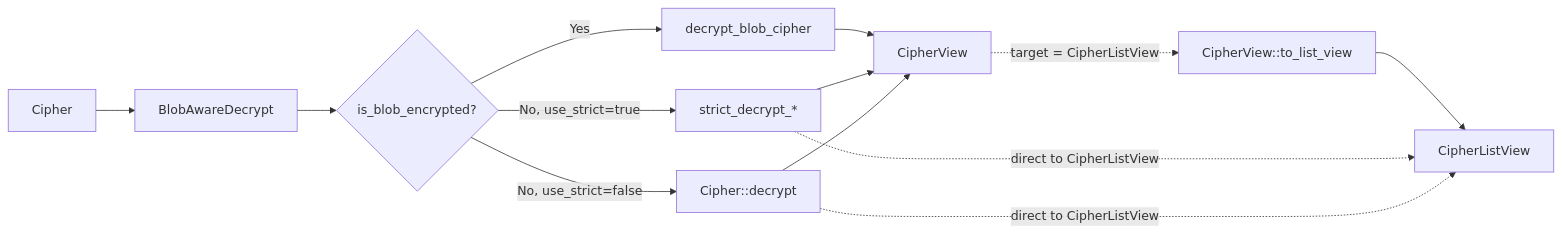
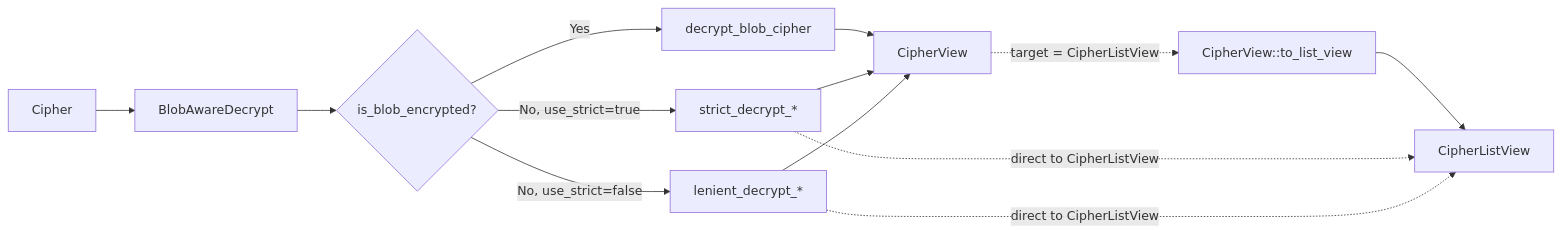
Before and after one commit to bitwarden/sdk-internal: the diagram in crates/bitwarden-vault/src/cipher/README.md, drawn with Mermaid. The commit also changed other lines of this file and 12 other files, not shown here.

Commit message:
[PM-32696] WIP: Force Cipher decryption through BlobAwareDecrypt — may not be the right path

````diff
--- a/crates/bitwarden-vault/src/cipher/README.md
+++ b/crates/bitwarden-vault/src/cipher/README.md
@@ -38,15 +46,15 @@
 ```mermaid
 flowchart LR
     A[Cipher] --> B[BlobAwareDecrypt]
     B --> C{is_blob_encrypted?}
     C -->|Yes| D[decrypt_blob_cipher]
     C -->|No, use_strict=true| E[strict_decrypt_*]
-    C -->|No, use_strict=false| F[Cipher::decrypt]
+    C -->|No, use_strict=false| F[lenient_decrypt_*]
     D --> G[CipherView]
     E --> G
     F --> G
     G -.target = CipherListView.-> H[CipherView::to_list_view]
     H --> I[CipherListView]
     E -.direct to CipherListView.-> I
     F -.direct to CipherListView.-> I
 ```
````
